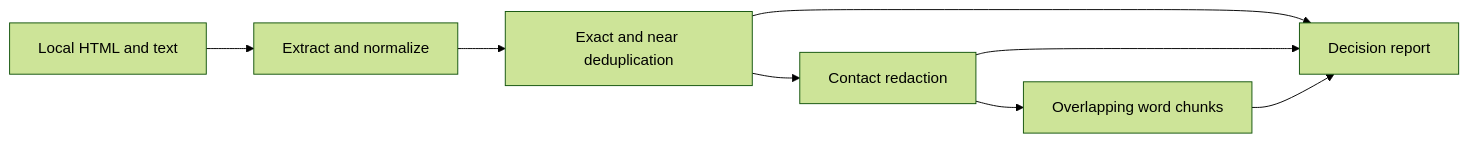
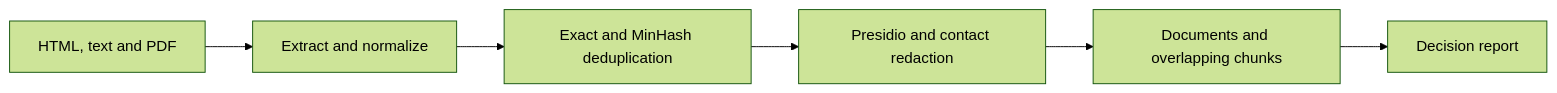
Before and after one commit to CSynStudios/rag-document-cleaning: the diagram in README.md, drawn with Mermaid (forest theme). The commit also changed other lines of this file and 13 other files, not shown here.

````diff
--- a/README.md
+++ b/README.md
@@ -29,10 +11,8 @@
 ```mermaid
 flowchart LR
-    A[Local HTML and text] --> B[Extract and normalize]
-    B --> C[Exact and near deduplication]
-    C --> D[Contact redaction]
-    D --> E[Overlapping word chunks]
-    C --> F[Decision report]
-    D --> F
-    E --> F
+    A[HTML, text and PDF] --> B[Extract and normalize]
+    B --> C[Exact and MinHash deduplication]
+    C --> D[Presidio and contact redaction]
+    D --> E[Documents and overlapping chunks]
+    E --> F[Decision report]
 ```
````
